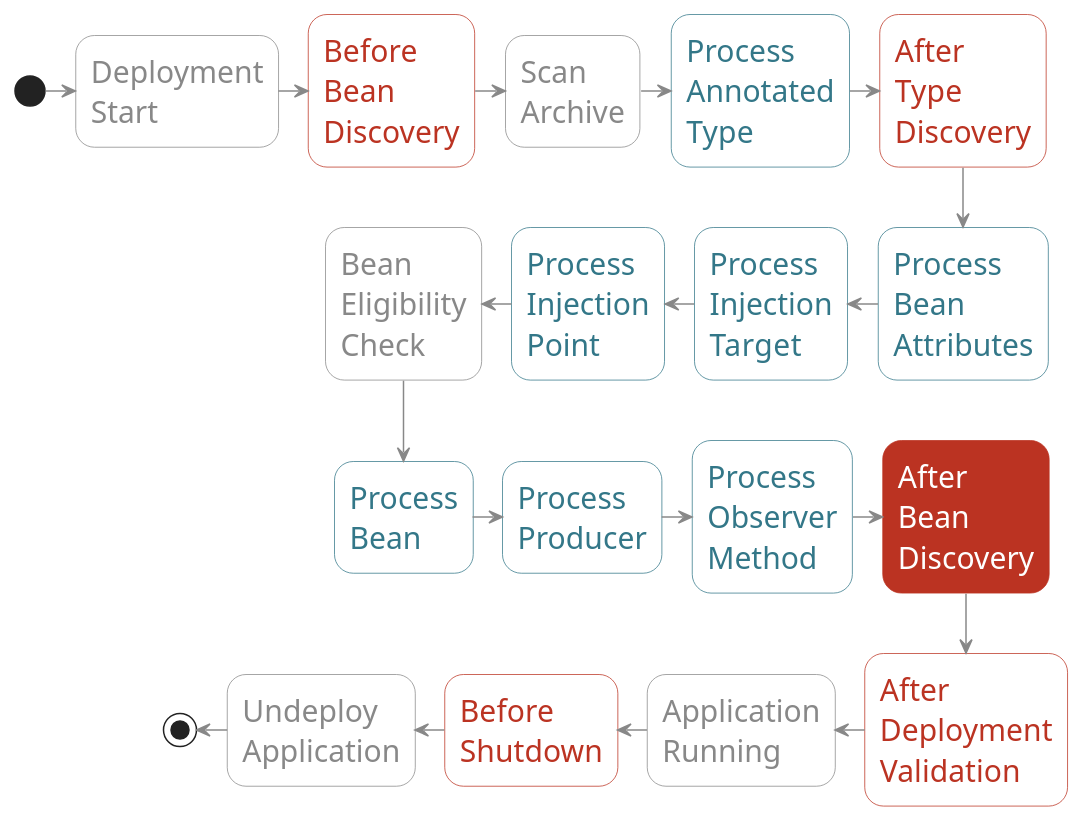
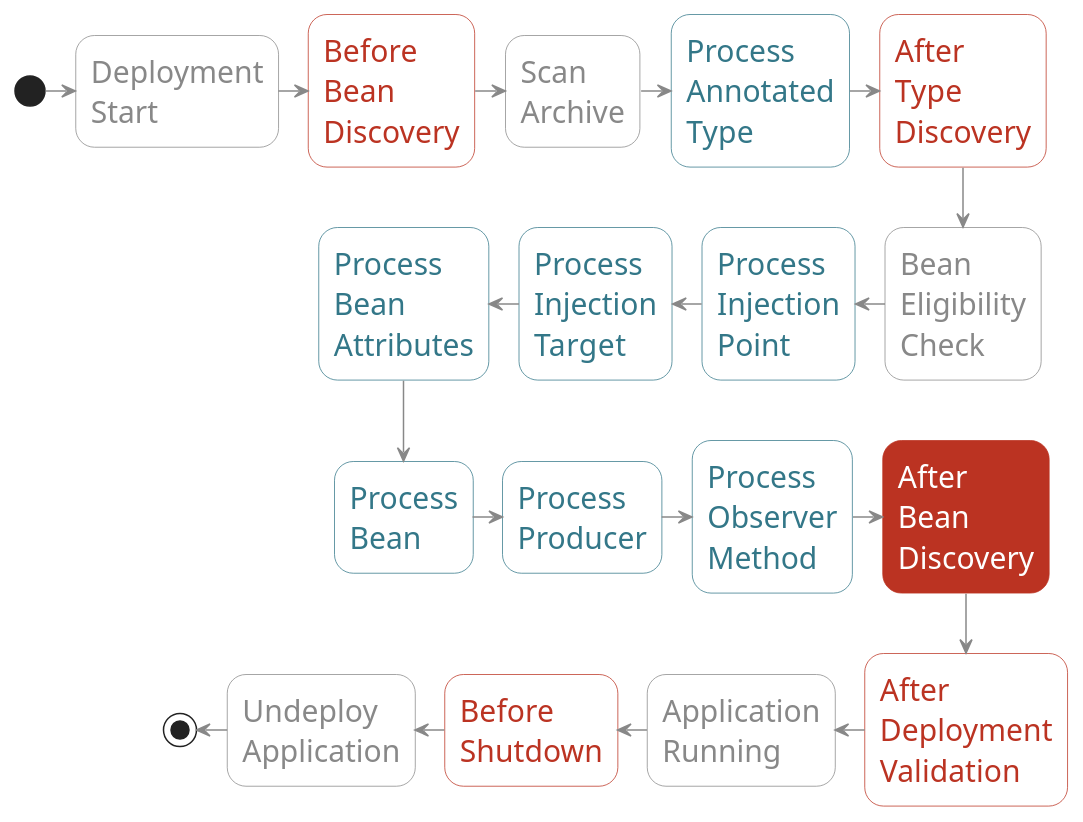
Before and after one commit to astefanutti/further-cdi: the third of 3 diagrams in parts/legacy.adoc, drawn with PlantUML. The commit also changed other lines of this file and 2 other files, not shown here.

Commit message:
Lifecycle schema correction in all occurences

```diff
--- a/parts/legacy.adoc
+++ b/parts/legacy.adoc
@@ -381,50 +381,50 @@
 [plantuml, "lifecycle-abd", "svg", height="85%", width="95%"]
 ----
 @startuml
 
 skinparam shadowing false
 skinparam backgroundColor transparent
 skinparam defaultFontName Consolas
 
 skinparam activity {
   FontSize 20
   FontName Consolas
   FontColor #337788
   ArrowColor #888888
   BorderColor #337788
   BackgroundColor #white
 
   FontColor<< Internal >> #888888
   BorderColor<< Internal >> #888888
   BackgroundColor<< Internal >> #white
 
   FontColor<< Once >> #BB3322
   BorderColor<< Once >> #BB3322
   BackgroundColor<< Once >> #white
 
   FontColor<< Highlight >> white
   BorderColor<< Highlight >> #BB3322
   BackgroundColor<< Highlight >> #BB3322
 }
 
 (*) -right-> "Deployment\nStart" << Internal >>
 -right-> "Before\nBean\nDiscovery" << Once >>
 -right-> "Scan\nArchive" << Internal >>
 -right-> "Process\nAnnotated\nType"
 -right-> "After\nType\nDiscovery" << Once >>
--down-> "Process\nBean\nAttributes"
+-down-> "Bean\nEligibility\nCheck" << Internal >>
+-left-> "Process\nInjection\nPoint"
 -left-> "Process\nInjection\nTarget"
--left-> "Process\nInjection\nPoint"
--left-> "Bean\nEligibility\nCheck" << Internal >>
+-left-> "Process\nBean\nAttributes"
 -down-> "Process\nBean"
 -right-> "Process\nProducer"
 -right-> "Process\nObserver\nMethod"
--right-> "After\nBean\nDiscovery"  << Highlight >>
+-right-> "After\nBean\nDiscovery" << Highlight >>
 -down-> "After\nDeployment\nValidation" << Once >>
 -left-> "Application\nRunning" << Internal >>
 -left-> "Before\nShutdown" << Once >>
 -left-> "Undeploy\nApplication" << Internal >>
 -left-> (*)
 
 @enduml
 ----
```
